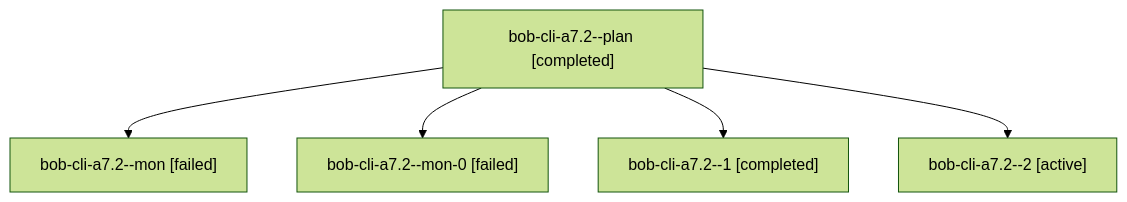
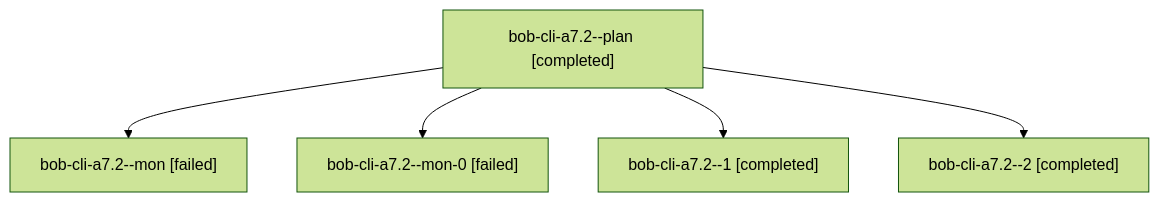
Before and after one commit to bobs-org/bob-cli--agents: the diagram in sessions/bbugyi200.athena.bob-cli-a7.2.md, drawn with Mermaid (forest theme). The commit also changed other lines of this file and 20 other files, not shown here.

````diff
--- a/sessions/bbugyi200.athena.bob-cli-a7.2.md
+++ b/sessions/bbugyi200.athena.bob-cli-a7.2.md
@@ -9,12 +9,12 @@
 ```mermaid
 flowchart TD
   n0["bob-cli-a7.2--plan [completed]"]
   n1["bob-cli-a7.2--mon [failed]"]
   n0 --> n1
   n2["bob-cli-a7.2--mon-0 [failed]"]
   n0 --> n2
   n3["bob-cli-a7.2--1 [completed]"]
   n0 --> n3
-  n4["bob-cli-a7.2--2 [active]"]
+  n4["bob-cli-a7.2--2 [completed]"]
   n0 --> n4
 ```
````
